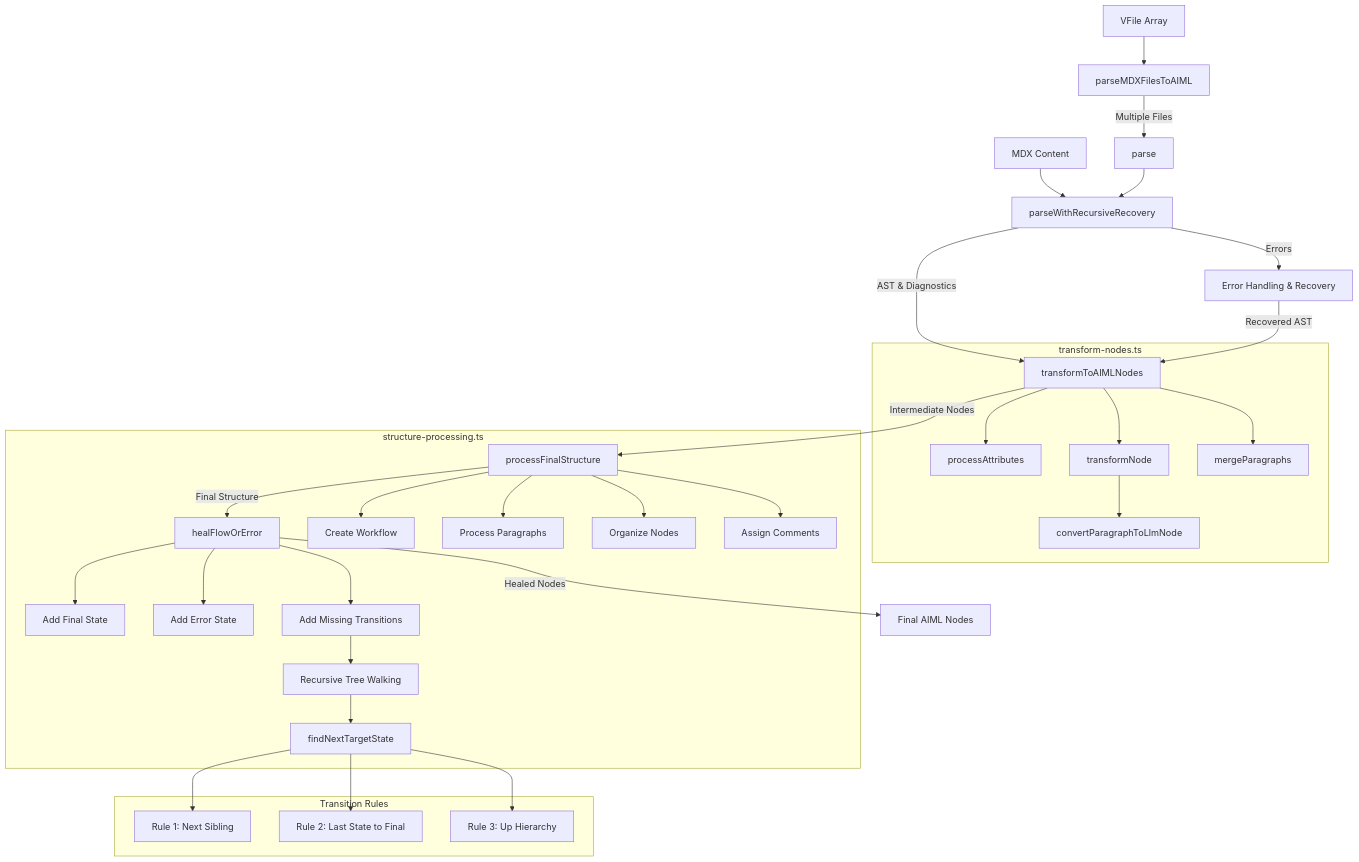
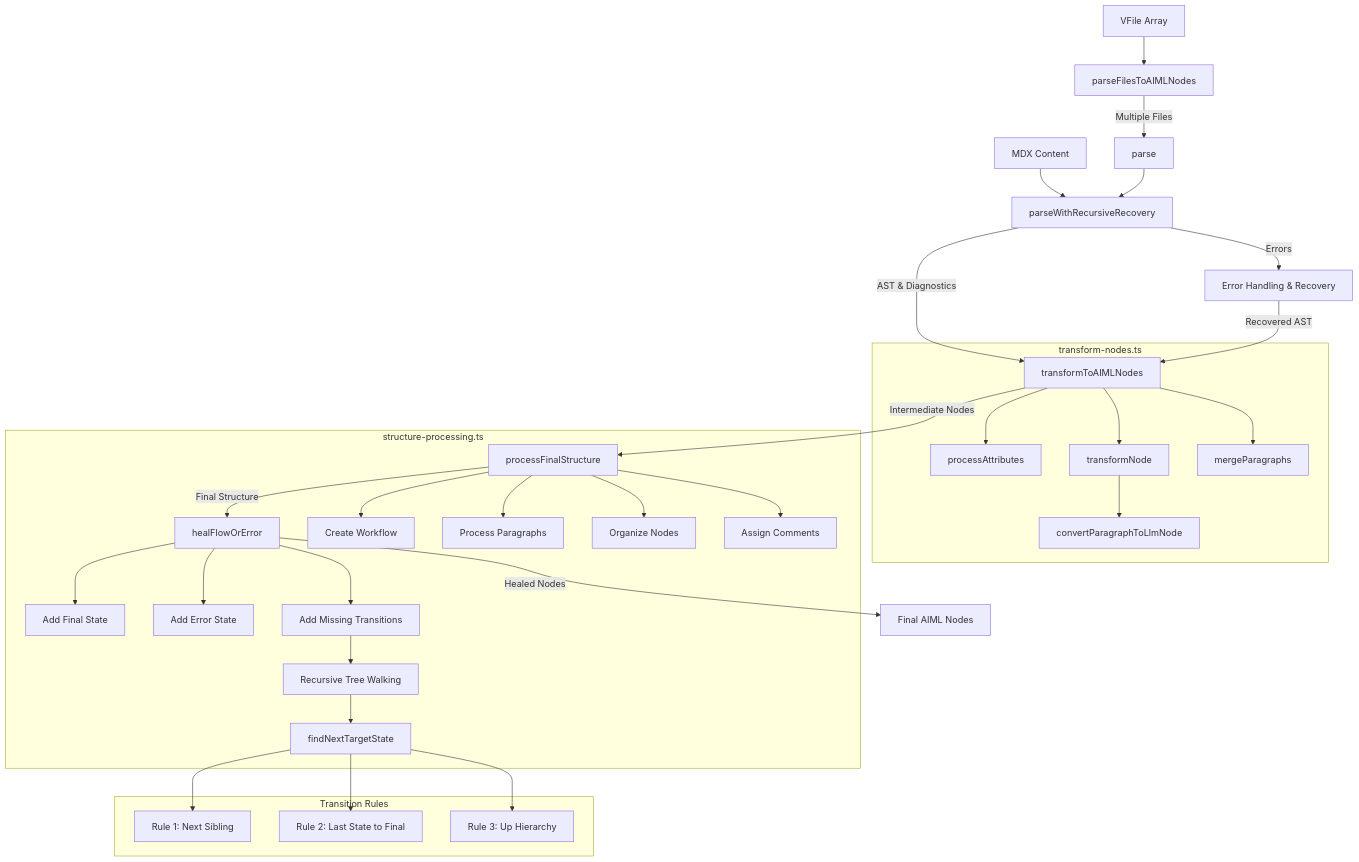
Before and after one commit to fw-ai-external/aiml: the diagram in packages/parser/README.md, drawn with Mermaid. The commit also changed other lines of this file and 17 other files, not shown here.

````diff
--- a/packages/parser/README.md
+++ b/packages/parser/README.md
@@ -60,39 +60,39 @@
 ```mermaid
 flowchart TD
     A[MDX Content] --> B[parseWithRecursiveRecovery]
     B --> |AST & Diagnostics| C[transformToAIMLNodes]
     B --> |Errors| D[Error Handling & Recovery]
     D --> |Recovered AST| C
     C --> |Intermediate Nodes| E[processFinalStructure]
     E --> |Final Structure| F[healFlowOrError]
     F --> |Healed Nodes| G[Final AIML Nodes]
-    H[VFile Array] --> I[parseMDXFilesToAIML]
+    H[VFile Array] --> I[parseFilesToAIMLNodes]
     I --> |Multiple Files| J[parse]
     J --> B
 
     subgraph "transform-nodes.ts"
     C --> C1[processAttributes]
     C --> C2[transformNode]
     C --> C3[mergeParagraphs]
     C2 --> C4[convertParagraphToLlmNode]
     end
 
     subgraph "structure-processing.ts"
     E --> E1[Create Workflow]
     E --> E2[Process Paragraphs]
     E --> E3[Organize Nodes]
     E --> E4[Assign Comments]
 
     F --> F1[Add Final State]
     F --> F2[Add Error State]
     F --> F3[Add Missing Transitions]
     F3 --> F4[Recursive Tree Walking]
     F4 --> F5[findNextTargetState]
     end
 
     subgraph "Transition Rules"
     F5 --> R1[Rule 1: Next Sibling]
     F5 --> R2[Rule 2: Last State to Final]
     F5 --> R3[Rule 3: Up Hierarchy]
     end
 ```
````
